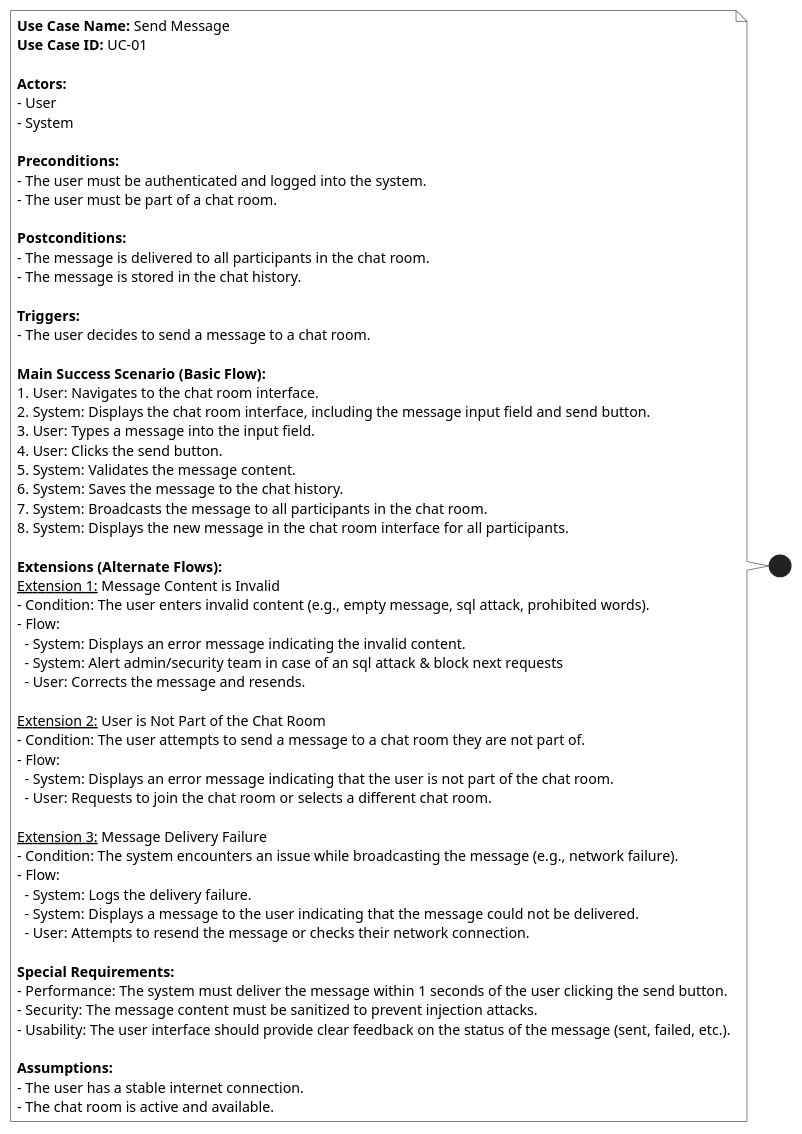
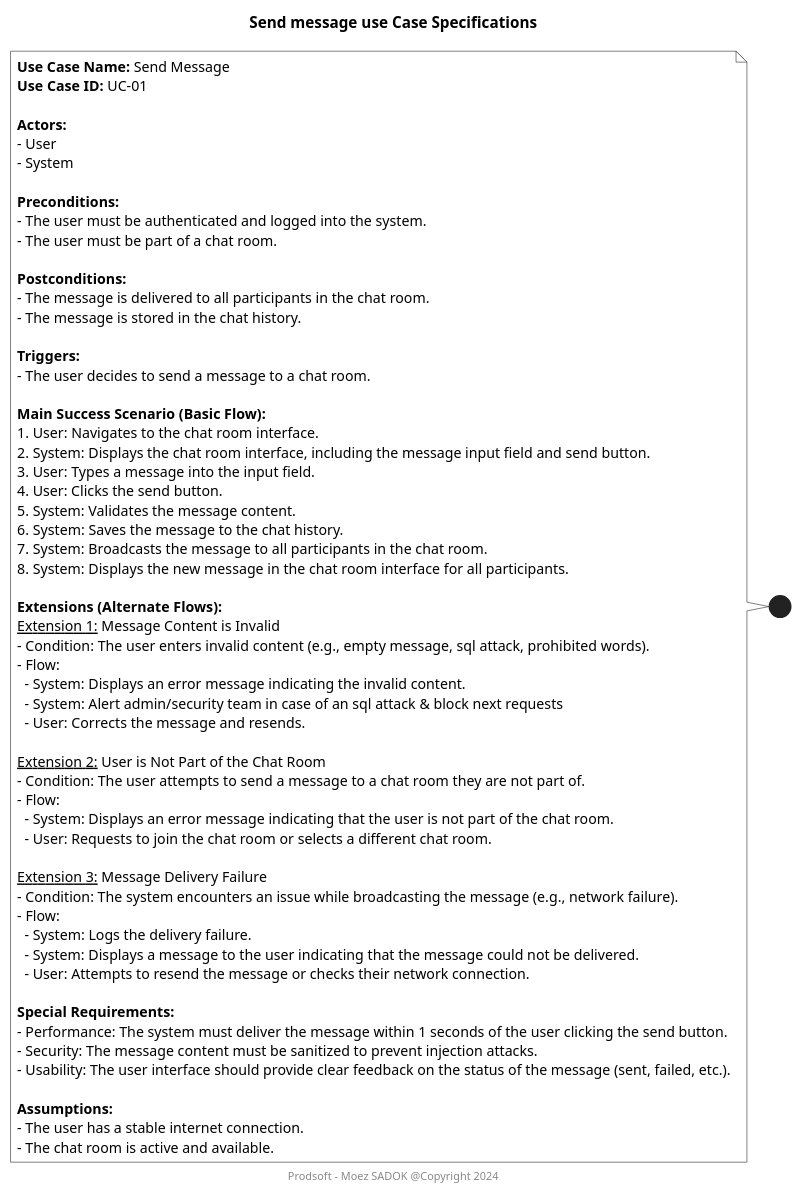
One commit to moez-sadok/chat-clean-architecture changed the diagram in docs/features/send-message/send-message-specifications.wsd. Above: the diagram before and after it, drawn with PlantUML. The commit also changed 32 other files, not shown here.

Commit message:
[Docs] enhance add diagrams and readme files v1

```diff
--- a/docs/features/send-message/send-message-specifications.wsd
+++ b/docs/features/send-message/send-message-specifications.wsd
@@ -1,64 +1,66 @@
 @startuml
-' Use Case Specifications for Send Message
+
+title Send message use Case Specifications 
+footer Prodsoft - Moez SADOK @Copyright 2024
 
 note left #White
     **Use Case Name:** Send Message
     **Use Case ID:** UC-01
 
     **Actors:**
     - User
     - System
 
     **Preconditions:**
     - The user must be authenticated and logged into the system.
     - The user must be part of a chat room.
 
     **Postconditions:**
     - The message is delivered to all participants in the chat room.
     - The message is stored in the chat history.
 
     **Triggers:**
     - The user decides to send a message to a chat room.
 
     **Main Success Scenario (Basic Flow):**
     1. User: Navigates to the chat room interface.
     2. System: Displays the chat room interface, including the message input field and send button.
     3. User: Types a message into the input field.
     4. User: Clicks the send button.
     5. System: Validates the message content.
     6. System: Saves the message to the chat history.
     7. System: Broadcasts the message to all participants in the chat room.
     8. System: Displays the new message in the chat room interface for all participants.
 
     **Extensions (Alternate Flows):**
     __Extension 1:__ Message Content is Invalid
     - Condition: The user enters invalid content (e.g., empty message, sql attack, prohibited words).
     - Flow:
       - System: Displays an error message indicating the invalid content.
       - System: Alert admin/security team in case of an sql attack & block next requests
       - User: Corrects the message and resends.
 
     __Extension 2:__ User is Not Part of the Chat Room
     - Condition: The user attempts to send a message to a chat room they are not part of.
     - Flow:
       - System: Displays an error message indicating that the user is not part of the chat room.
       - User: Requests to join the chat room or selects a different chat room.
 
     __Extension 3:__ Message Delivery Failure
     - Condition: The system encounters an issue while broadcasting the message (e.g., network failure).
     - Flow:
       - System: Logs the delivery failure.
       - System: Displays a message to the user indicating that the message could not be delivered.
       - User: Attempts to resend the message or checks their network connection.
 
     **Special Requirements:**
     - Performance: The system must deliver the message within 1 seconds of the user clicking the send button.
     - Security: The message content must be sanitized to prevent injection attacks.
     - Usability: The user interface should provide clear feedback on the status of the message (sent, failed, etc.).
 
     **Assumptions:**
     - The user has a stable internet connection.
     - The chat room is active and available.
 end note
 
 @enduml
```
